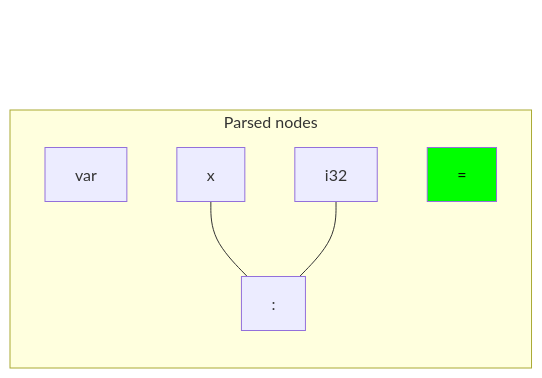
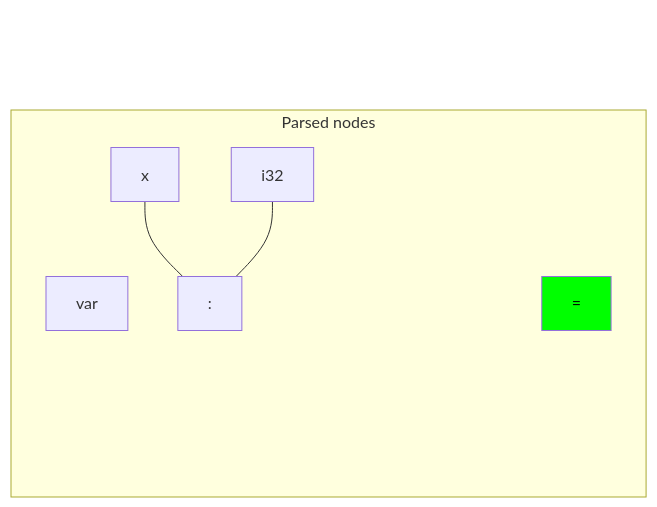
One commit to carbon-language/carbon-lang changed the seventh of 14 diagrams in toolchain/docs/parse.md. Above: the diagram before and after it, drawn with Mermaid. The commit also changed other lines of this file, not shown here.

````diff
--- a/toolchain/docs/parse.md
+++ b/toolchain/docs/parse.md
@@ -294,20 +321,29 @@
 ```mermaid
 flowchart BT
     root:::hidden
     subgraph nodes["Parsed nodes"]
         direction BT
         node1[var]
         node2[x]
         node3[:]
         node4[i32]
         node5[=]:::moved
+        node6[y]:::pending
+        node7[+]:::pending
+        node8[1]:::pending
+        node9[;]:::pending
     end
 
+    classDef pending visibility:hidden
+    classDef moved fill:#0F0,color:#000
     classDef hidden visibility:hidden,display:none
-    classDef moved fill:#0F0,color:#000
 
     node1 ~~~~ root
     node3 --- node2 & node4
     node3 ~~~ root
     node5 ~~~~ root
+    node7 ~~~ node6 & node8
+    node7 ~~~ root
+    node9 ~~~ node1 & node3 & node5 & node7
+    node9 ~~~ root
 ```
````
